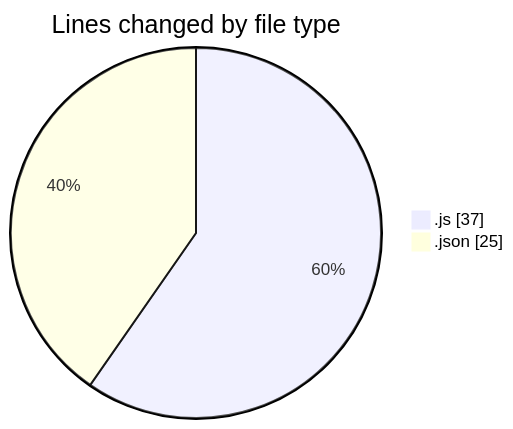
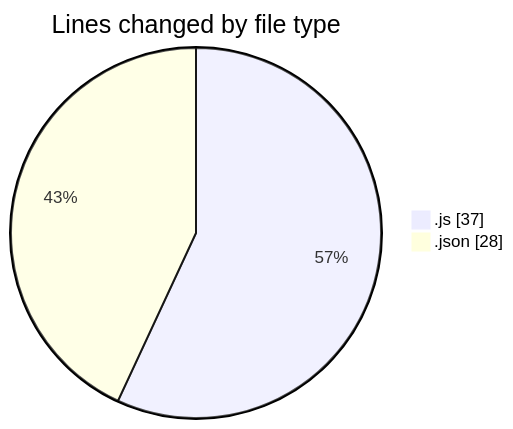
The first of 2 diagrams in 2025-07-02/mern-thinkboard/README.md (Ritupan-Deka/code-tracking), drawn with Mermaid before and after one commit. The commit also changed other lines of this file and 1 other file, not shown here.

````diff
--- a/2025-07-02/mern-thinkboard/README.md
+++ b/2025-07-02/mern-thinkboard/README.md
@@ -21,6 +21,6 @@
 ```mermaid
 pie showData
 title Lines changed by file type
 ".js" : 37
-".json" : 25
+".json" : 28
 ```
````
